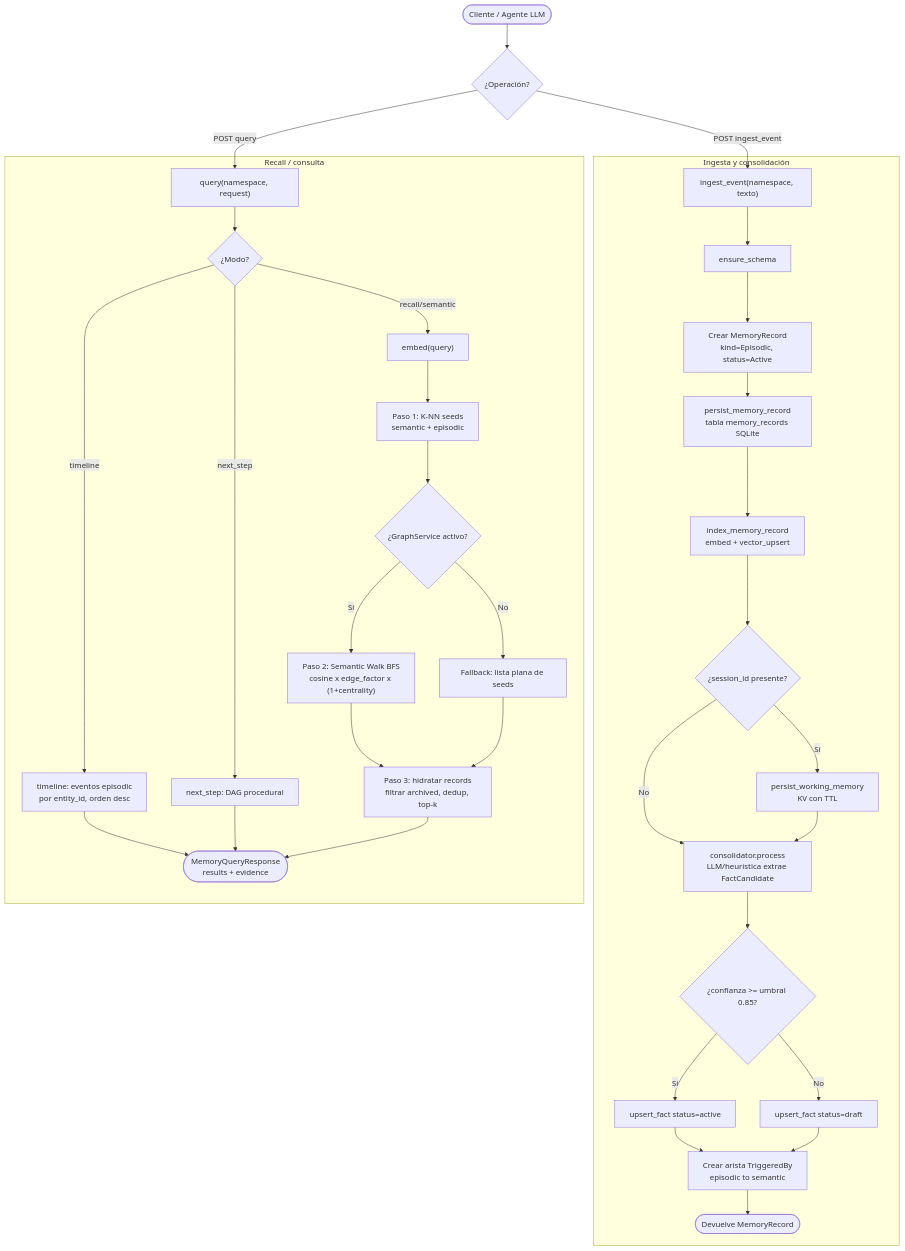
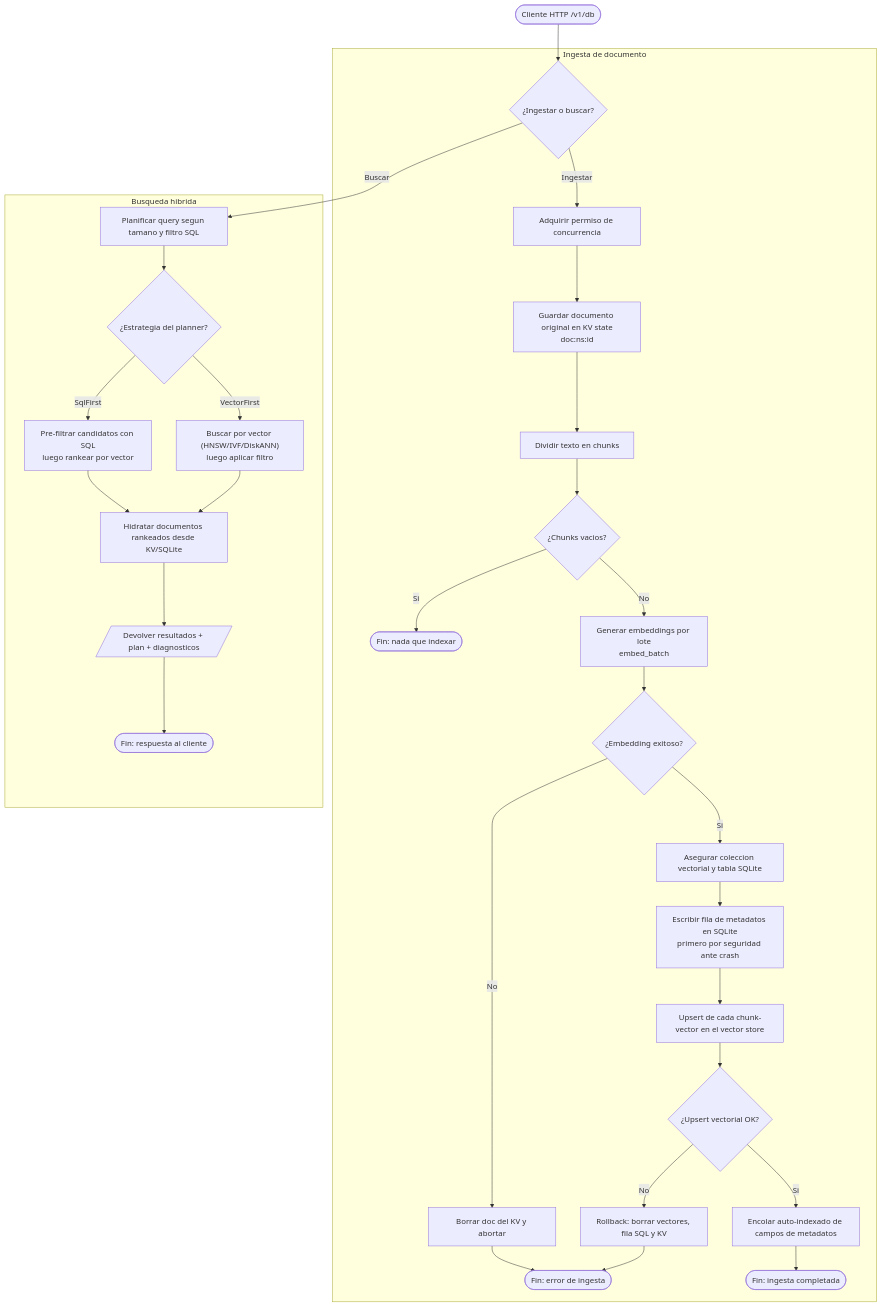
One commit to Jairodaniel-17/Luma changed the diagram in docs/diagrams/flowchart.md. Above: the diagram before and after it, drawn with Mermaid. The commit also changed other lines of this file, not shown here.

Commit message:
docs(diagrams): actualizar flowchart

````diff
--- a/docs/diagrams/flowchart.md
+++ b/docs/diagrams/flowchart.md
@@ -5,39 +5,35 @@
 ```mermaid
 flowchart TD
-  ini(["Cliente / Agente LLM"]) --> op{"¿Operación?"}
-  op -->|POST ingest_event| ing["ingest_event(namespace, texto)"]
-  op -->|POST query| qry["query(namespace, request)"]
+  ini(["Cliente HTTP /v1/db"]) --> op{"¿Ingestar o buscar?"}
 
-  subgraph "Ingesta y consolidación"
-    ing --> schema["ensure_schema"]
-    schema --> rec["Crear MemoryRecord<br/>kind=Episodic, status=Active"]
-    rec --> persist["persist_memory_record<br/>tabla memory_records SQLite"]
-    persist --> index["index_memory_record<br/>embed + vector_upsert"]
-    index --> work{"¿session_id presente?"}
-    work -->|Sí| kv["persist_working_memory<br/>KV con TTL"]
-    work -->|No| cons
-    kv --> cons["consolidator.process<br/>LLM/heurística extrae FactCandidate"]
-    cons --> conf{"¿confianza >= umbral 0.85?"}
-    conf -->|Sí| factA["upsert_fact status=active"]
-    conf -->|No| factD["upsert_fact status=draft"]
-    factA --> edge["Crear arista TriggeredBy<br/>episodic to semantic"]
-    factD --> edge
-    edge --> okIng(["Devuelve MemoryRecord"])
+  subgraph "Ingesta de documento"
+    op -->|Ingestar| perm["Adquirir permiso de concurrencia"]
+    perm --> store["Guardar documento original en KV state<br/>doc:ns:id"]
+    store --> chunk["Dividir texto en chunks"]
+    chunk --> emptychk{"¿Chunks vacios?"}
+    emptychk -->|Si| finok(["Fin: nada que indexar"])
+    emptychk -->|No| embed["Generar embeddings por lote<br/>embed_batch"]
+    embed --> embok{"¿Embedding exitoso?"}
+    embok -->|No| delkv["Borrar doc del KV y abortar"]
+    delkv --> ferr(["Fin: error de ingesta"])
+    embok -->|Si| ensure["Asegurar coleccion vectorial y tabla SQLite"]
+    ensure --> sqlw["Escribir fila de metadatos en SQLite<br/>primero por seguridad ante crash"]
+    sqlw --> vecw["Upsert de cada chunk-vector en el vector store"]
+    vecw --> vecok{"¿Upsert vectorial OK?"}
+    vecok -->|No| rollback["Rollback: borrar vectores, fila SQL y KV"]
+    rollback --> ferr
+    vecok -->|Si| idx["Encolar auto-indexado de campos de metadatos"]
+    idx --> done(["Fin: ingesta completada"])
   end
 
-  subgraph "Recall / consulta"
-    qry --> mode{"¿Modo?"}
-    mode -->|timeline| tl["timeline: eventos episodic<br/>por entity_id, orden desc"]
-    mode -->|next_step| ns["next_step: DAG procedural"]
-    mode -->|recall/semantic| emb["embed(query)"]
-    tl --> resp
-    ns --> resp
-    emb --> knn["Paso 1: K-NN seeds<br/>semantic + episodic"]
-    knn --> hasG{"¿GraphService activo?"}
-    hasG -->|Sí| walk["Paso 2: Semantic Walk BFS<br/>cosine x edge_factor x (1+centrality)"]
-    hasG -->|No| flat["Fallback: lista plana de seeds"]
-    walk --> filt["Paso 3: hidratar records<br/>filtrar archived, dedup, top-k"]
-    flat --> filt
-    filt --> resp(["MemoryQueryResponse<br/>results + evidence"])
+  subgraph "Busqueda hibrida"
+    op -->|Buscar| plan["Planificar query segun tamano y filtro SQL"]
+    plan --> strat{"¿Estrategia del planner?"}
+    strat -->|SqlFirst| sqlf["Pre-filtrar candidatos con SQL<br/>luego rankear por vector"]
+    strat -->|VectorFirst| vecf["Buscar por vector (HNSW/IVF/DiskANN)<br/>luego aplicar filtro"]
+    sqlf --> hyd["Hidratar documentos rankeados desde KV/SQLite"]
+    vecf --> hyd
+    hyd --> resp[/"Devolver resultados + plan + diagnosticos"/]
+    resp --> finq(["Fin: respuesta al cliente"])
   end
 ```
````
